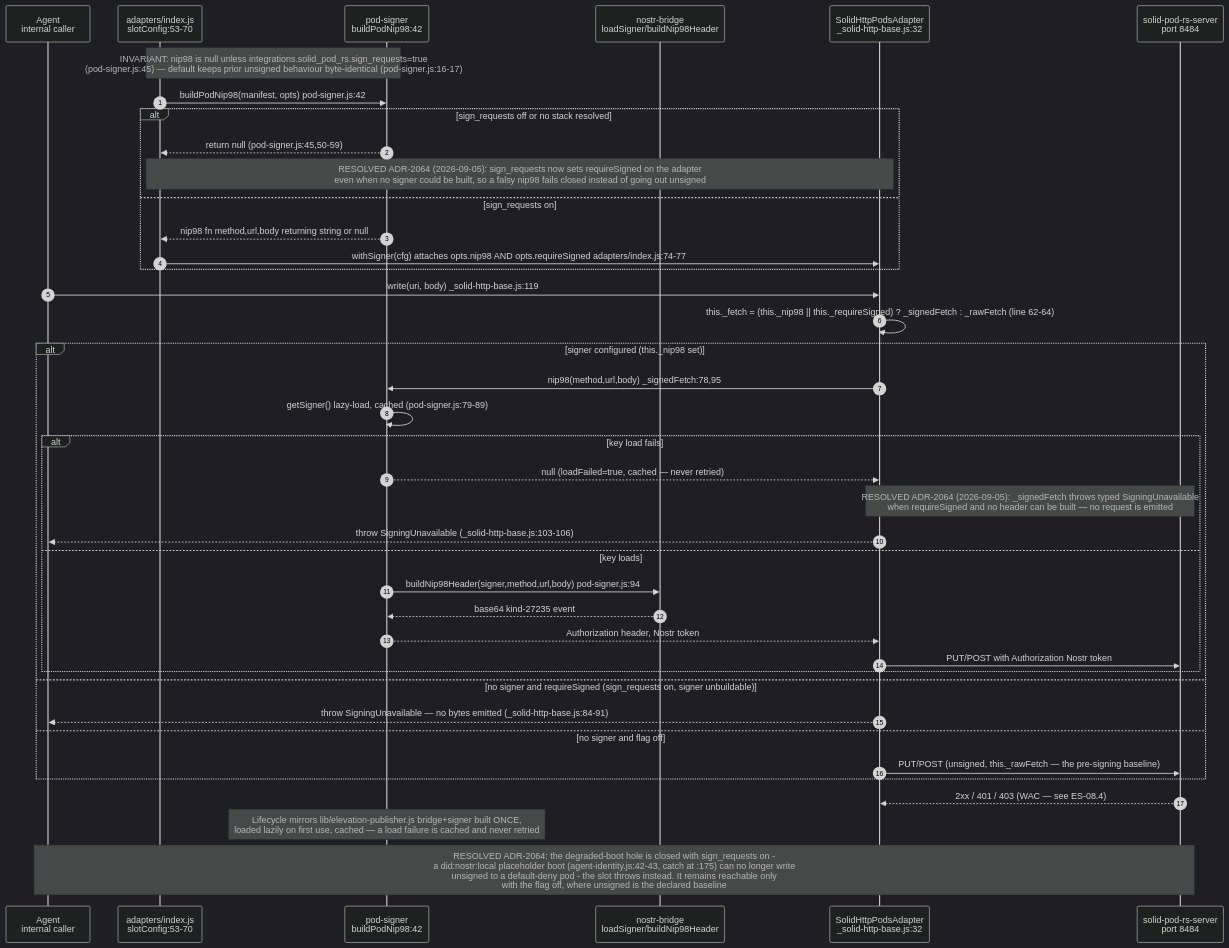
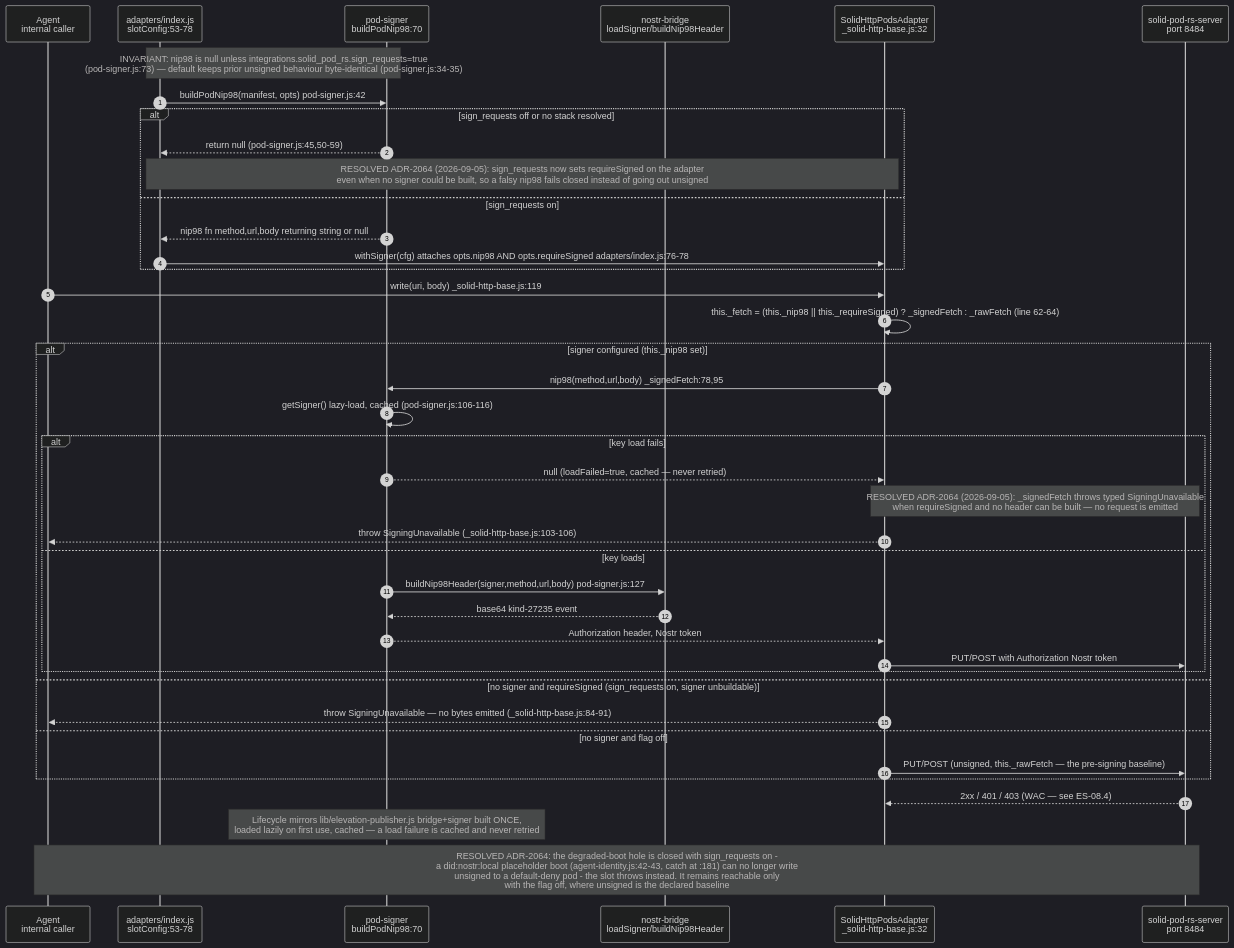
The second of 12 diagrams in docs/diagrams/estate/08-solid-pod-estate.md (DreamLab-AI/VisionFlow), drawn with Mermaid (dark theme) before and after one commit. The commit also changed other lines of this file and 111 other files, not shown here.

Commit message:
docs(diagrams): align estate maps with current source

````diff
--- a/docs/diagrams/estate/08-solid-pod-estate.md
+++ b/docs/diagrams/estate/08-solid-pod-estate.md
@@ -81,46 +81,46 @@
 ```mermaid
 sequenceDiagram
     autonumber
     participant AG as Agent<br/>internal caller
-    participant ADP as adapters/index.js<br/>slotConfig:53-70
-    participant PS as pod-signer<br/>buildPodNip98:42
+    participant ADP as adapters/index.js<br/>slotConfig:53-78
+    participant PS as pod-signer<br/>buildPodNip98:70
     participant BR as nostr-bridge<br/>loadSigner/buildNip98Header
     participant BASE as SolidHttpPodsAdapter<br/>_solid-http-base.js:32
     participant SRV as solid-pod-rs-server<br/>port 8484
 
-    Note over ADP,PS: INVARIANT: nip98 is null unless integrations.solid_pod_rs.sign_requests=true<br/>(pod-signer.js:45) — default keeps prior unsigned behaviour byte-identical (pod-signer.js:16-17)
+    Note over ADP,PS: INVARIANT: nip98 is null unless integrations.solid_pod_rs.sign_requests=true<br/>(pod-signer.js:73) — default keeps prior unsigned behaviour byte-identical (pod-signer.js:34-35)
 
     ADP->>PS: buildPodNip98(manifest, opts) pod-signer.js:42
     alt sign_requests off or no stack resolved
         PS-->>ADP: return null (pod-signer.js:45,50-59)
         Note over ADP,BASE: RESOLVED ADR-2064 (2026-09-05): sign_requests now sets requireSigned on the adapter<br/>even when no signer could be built, so a falsy nip98 fails closed instead of going out unsigned
     else sign_requests on
         PS-->>ADP: nip98 fn method,url,body returning string or null
-        ADP->>BASE: withSigner(cfg) attaches opts.nip98 AND opts.requireSigned adapters/index.js:74-77
+        ADP->>BASE: withSigner(cfg) attaches opts.nip98 AND opts.requireSigned adapters/index.js:76-78
     end
 
     AG->>BASE: write(uri, body) _solid-http-base.js:119
     BASE->>BASE: this._fetch = (this._nip98 || this._requireSigned) ? _signedFetch : _rawFetch (line 62-64)
     alt signer configured (this._nip98 set)
         BASE->>PS: nip98(method,url,body) _signedFetch:78,95
-        PS->>PS: getSigner() lazy-load, cached (pod-signer.js:79-89)
+        PS->>PS: getSigner() lazy-load, cached (pod-signer.js:106-116)
         alt key load fails
             PS-->>BASE: null (loadFailed=true, cached — never retried)
             Note over BASE,SRV: RESOLVED ADR-2064 (2026-09-05): _signedFetch throws typed SigningUnavailable<br/>when requireSigned and no header can be built — no request is emitted
             BASE-->>AG: throw SigningUnavailable (_solid-http-base.js:103-106)
         else key loads
-            PS->>BR: buildNip98Header(signer,method,url,body) pod-signer.js:94
+            PS->>BR: buildNip98Header(signer,method,url,body) pod-signer.js:127
             BR-->>PS: base64 kind-27235 event
             PS-->>BASE: Authorization header, Nostr token
             BASE->>SRV: PUT/POST with Authorization Nostr token
         end
     else no signer and requireSigned (sign_requests on, signer unbuildable)
         BASE-->>AG: throw SigningUnavailable — no bytes emitted (_solid-http-base.js:84-91)
     else no signer and flag off
         BASE->>SRV: PUT/POST (unsigned, this._rawFetch — the pre-signing baseline)
     end
     SRV-->>BASE: 2xx / 401 / 403 (WAC — see ES-08.4)
 
     Note over PS: Lifecycle mirrors lib/elevation-publisher.js bridge+signer built ONCE,<br/>loaded lazily on first use, cached — a load failure is cached and never retried
-    Note over AG,SRV: RESOLVED ADR-2064: the degraded-boot hole is closed with sign_requests on -<br/>a did:nostr:local placeholder boot (agent-identity.js:42-43, catch at :175) can no longer write<br/>unsigned to a default-deny pod - the slot throws instead. It remains reachable only<br/>with the flag off, where unsigned is the declared baseline
+    Note over AG,SRV: RESOLVED ADR-2064: the degraded-boot hole is closed with sign_requests on -<br/>a did:nostr:local placeholder boot (agent-identity.js:42-43, catch at :181) can no longer write<br/>unsigned to a default-deny pod - the slot throws instead. It remains reachable only<br/>with the flag off, where unsigned is the declared baseline
 ```
````
